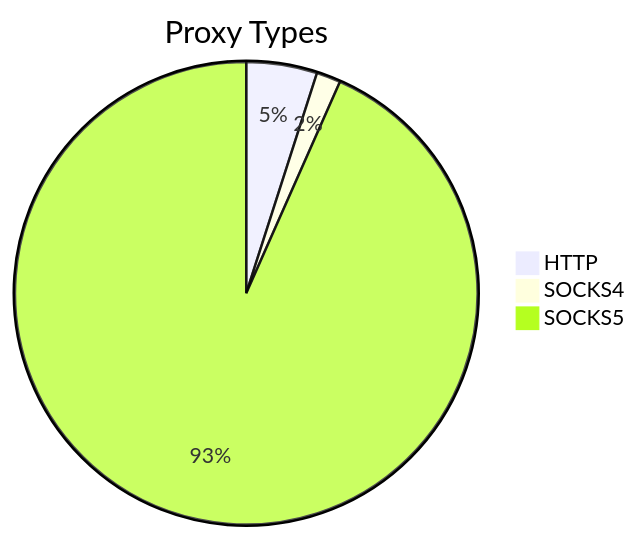
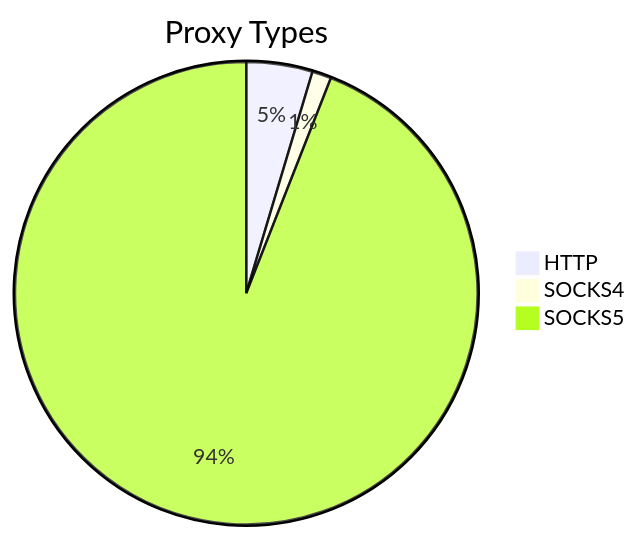
Before and after one commit to stormsia/proxy-list: the first of 2 diagrams in README.md, drawn with Mermaid. The commit also changed other lines of this file, not shown here.

````diff
--- a/README.md
+++ b/README.md
@@ -21,6 +21,6 @@
 ```mermaid
 pie title Proxy Types
-    "HTTP" : 178
-    "SOCKS4" : 61
-    "SOCKS5" : 3361
+    "HTTP" : 217
+    "SOCKS4" : 63
+    "SOCKS5" : 4415
 ```
````
